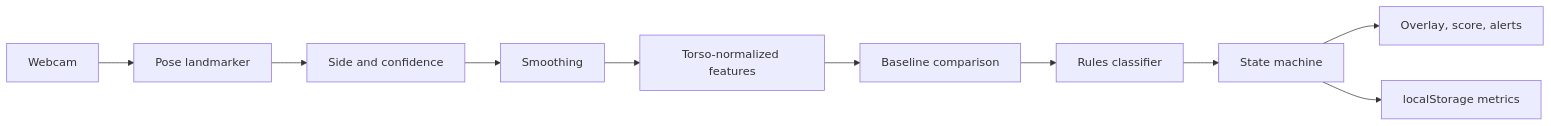
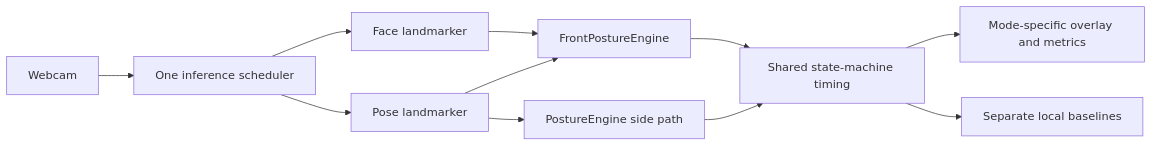
The diagram in README.md (aiden-guan/NoTechNeck), drawn with Mermaid before and after one commit. The commit also changed other lines of this file and 45 other files, not shown here.

First line of the commit message:
Add a front-facing webcam monitor beside the existing side analysis.

````diff
--- a/README.md
+++ b/README.md
@@ -19,12 +89,13 @@
 ```mermaid
 flowchart LR
-  cam["Webcam"] --> pose["Pose landmarker"]
-  pose --> side["Side and confidence"]
-  side --> smooth["Smoothing"]
-  smooth --> feat["Torso-normalized features"]
-  feat --> base["Baseline comparison"]
-  base --> rules["Rules classifier"]
-  rules --> time["State machine"]
-  time --> ui["Overlay, score, alerts"]
-  time --> store["localStorage metrics"]
+  cam["Webcam"] --> sched["One inference scheduler"]
+  sched --> face["Face landmarker"]
+  sched --> pose["Pose landmarker"]
+  face --> front["FrontPostureEngine"]
+  pose --> front
+  pose --> side["PostureEngine side path"]
+  front --> time["Shared state-machine timing"]
+  side --> time
+  time --> ui["Mode-specific overlay and metrics"]
+  time --> store["Separate local baselines"]
 ```
````
